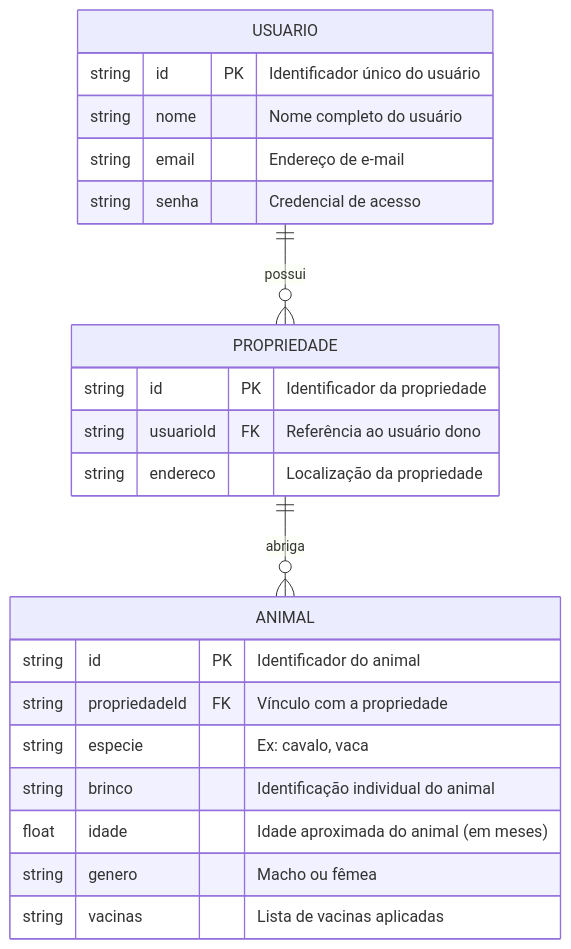
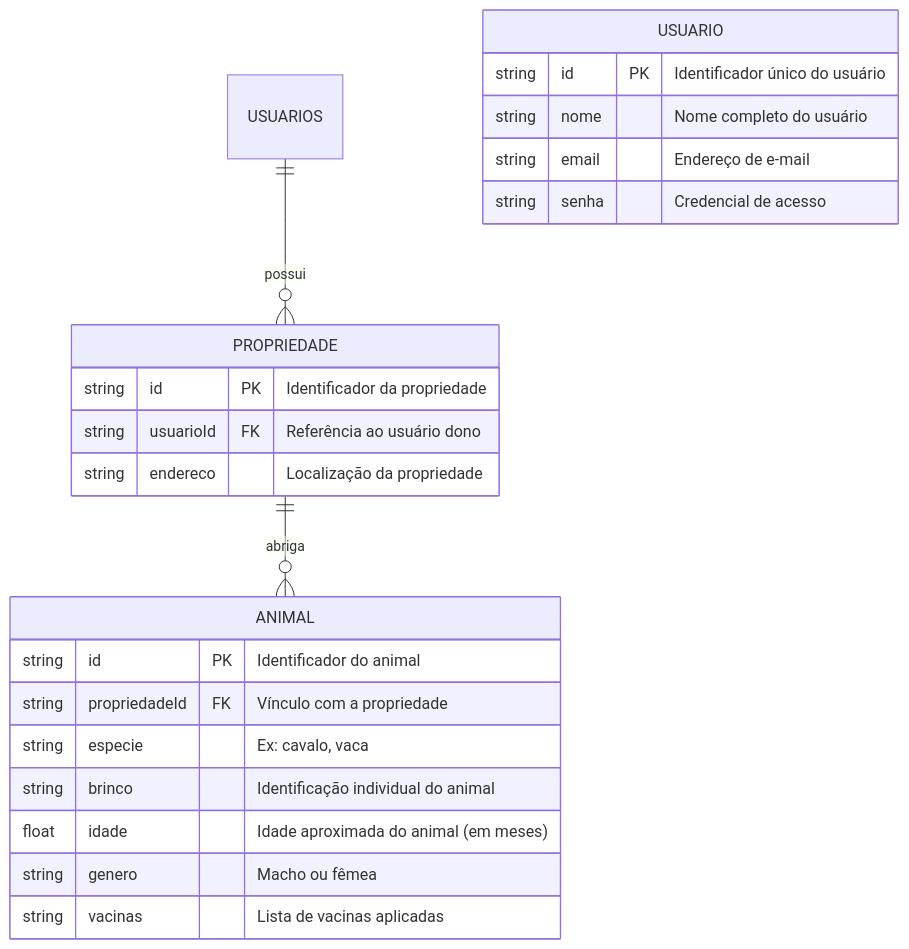
One commit to kowalczyk-eduardo/meu-rancho changed the diagram in docs/spec.md. Above: the diagram before and after it, drawn with Mermaid.

````diff
--- a/docs/spec.md
+++ b/docs/spec.md
@@ -10,28 +10,28 @@
 ```mermaid
 erDiagram
-    USUARIO ||--o{ PROPRIEDADE : "possui"
+    USUARIOS ||--o{ PROPRIEDADE : "possui"
     PROPRIEDADE ||--o{ ANIMAL : "abriga"
 
     USUARIO {
         string id PK "Identificador único do usuário"
         string nome "Nome completo do usuário"
         string email "Endereço de e-mail"
         string senha "Credencial de acesso"
     }
 
     PROPRIEDADE {
         string id PK "Identificador da propriedade"
         string usuarioId FK "Referência ao usuário dono"
         string endereco "Localização da propriedade"
     }
 
     ANIMAL {
         string id PK "Identificador do animal"
         string propriedadeId FK "Vínculo com a propriedade"
         string especie "Ex: cavalo, vaca"
         string brinco "Identificação individual do animal"
         float idade "Idade aproximada do animal (em meses)"
         string genero "Macho ou fêmea"
         string vacinas "Lista de vacinas aplicadas"
     }
 ```
````
